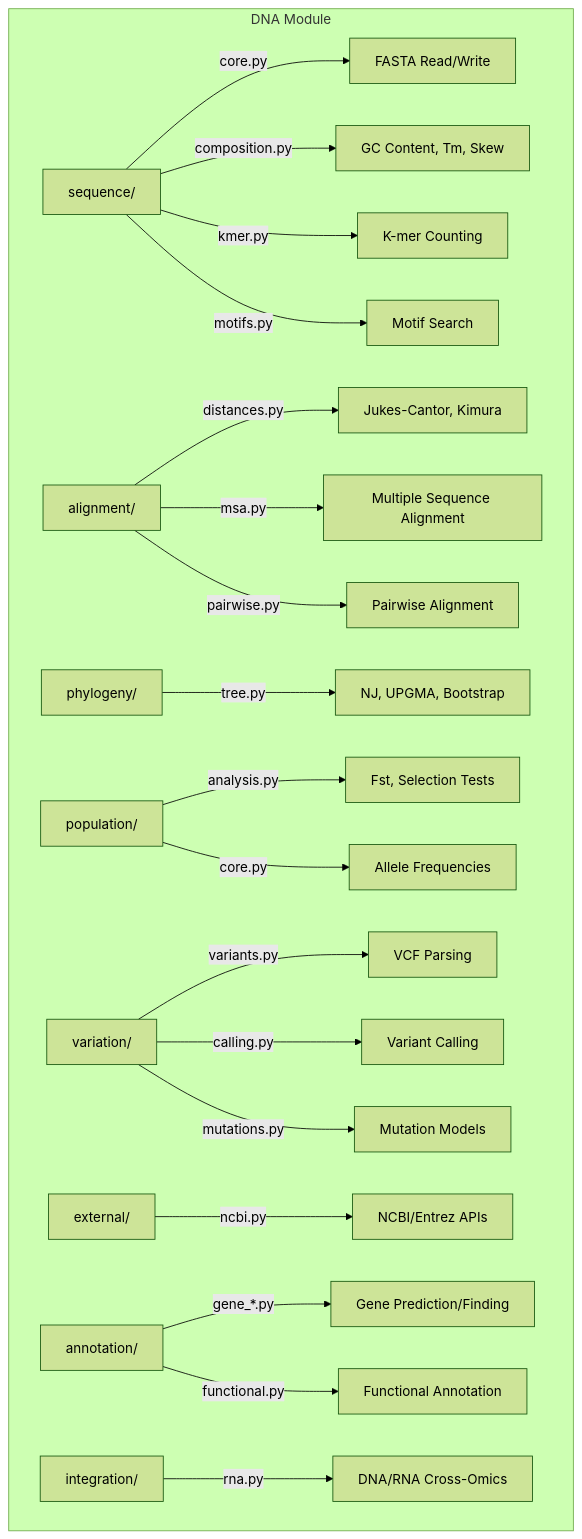
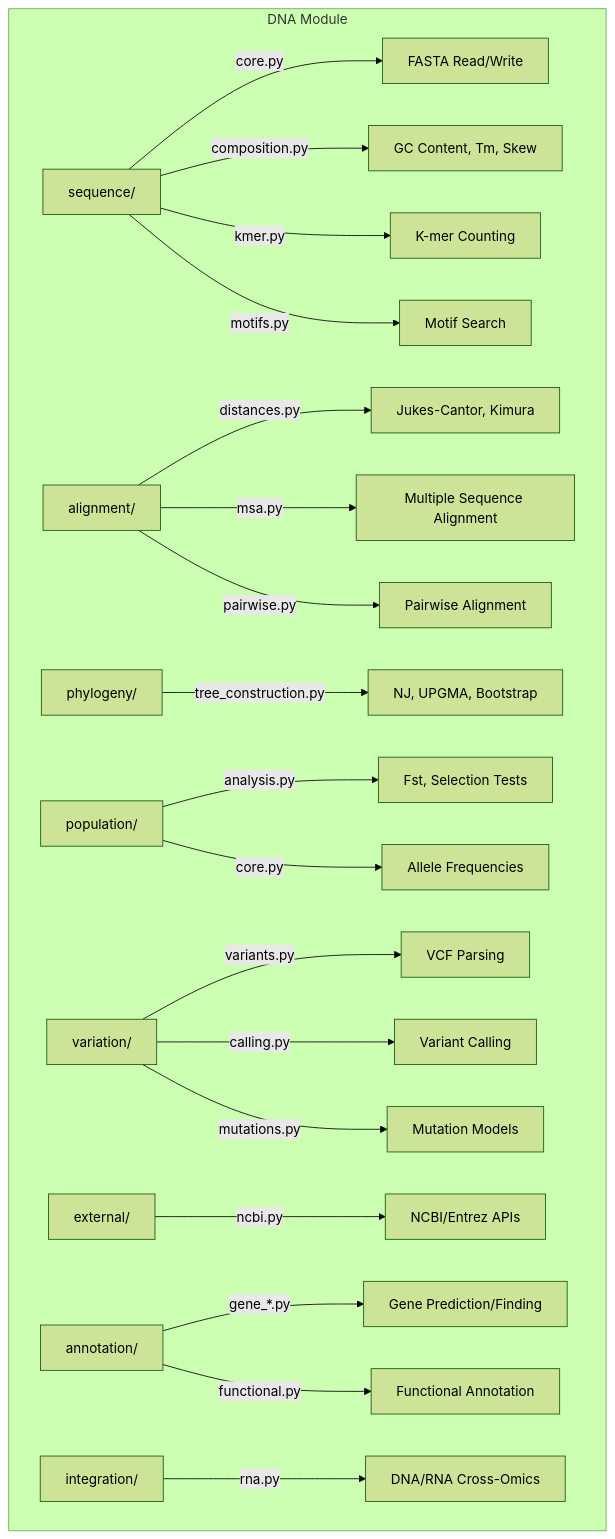
Before and after one commit to docxology/MetaInformAnt: the diagram in docs/dna/README.md, drawn with Mermaid (forest theme). The commit also changed 189 other files, not shown here.

````diff
--- a/docs/dna/README.md
+++ b/docs/dna/README.md
@@ -21,29 +21,29 @@
 ```mermaid
 graph TD
     subgraph "DNA Module"
         SE[sequence/] --> |core.py| RW[FASTA Read/Write]
         SE --> |composition.py| GC[GC Content, Tm, Skew]
         SE --> |kmer.py| KM[K-mer Counting]
         SE --> |motifs.py| MO[Motif Search]
 
         AL[alignment/] --> |distances.py| DI[Jukes-Cantor, Kimura]
         AL --> |msa.py| MS[Multiple Sequence Alignment]
         AL --> |pairwise.py| PW[Pairwise Alignment]
 
-        PH[phylogeny/] --> |tree.py| TR[NJ, UPGMA, Bootstrap]
+        PH[phylogeny/] --> |tree_construction.py| TR[NJ, UPGMA, Bootstrap]
 
         PO[population/] --> |analysis.py| FS[Fst, Selection Tests]
         PO --> |core.py| PG[Allele Frequencies]
 
         VA[variation/] --> |variants.py| VC[VCF Parsing]
         VA --> |calling.py| CA[Variant Calling]
         VA --> |mutations.py| MU[Mutation Models]
 
         EX[external/] --> |ncbi.py| NC[NCBI/Entrez APIs]
 
         AN[annotation/] --> |gene_*.py| GP[Gene Prediction/Finding]
         AN --> |functional.py| FA[Functional Annotation]
 
         IN[integration/] --> |rna.py| RN[DNA/RNA Cross-Omics]
     end
 ```
````
